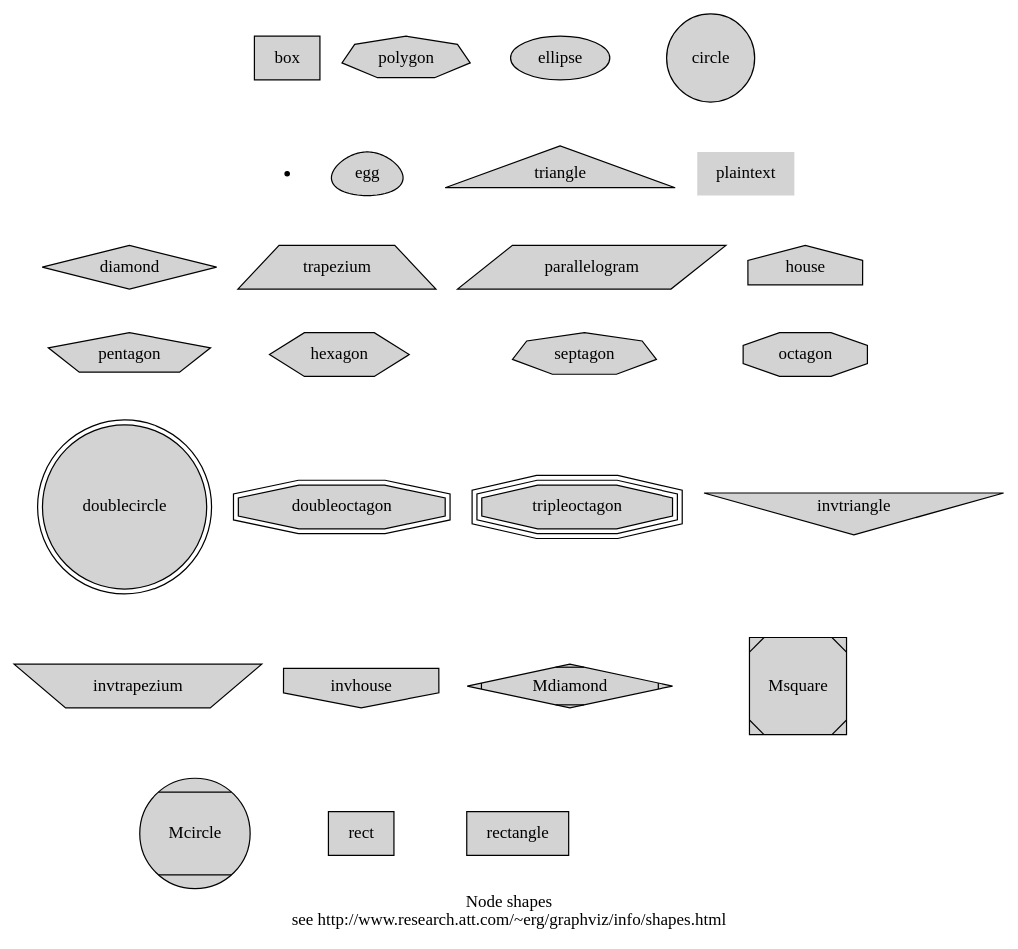
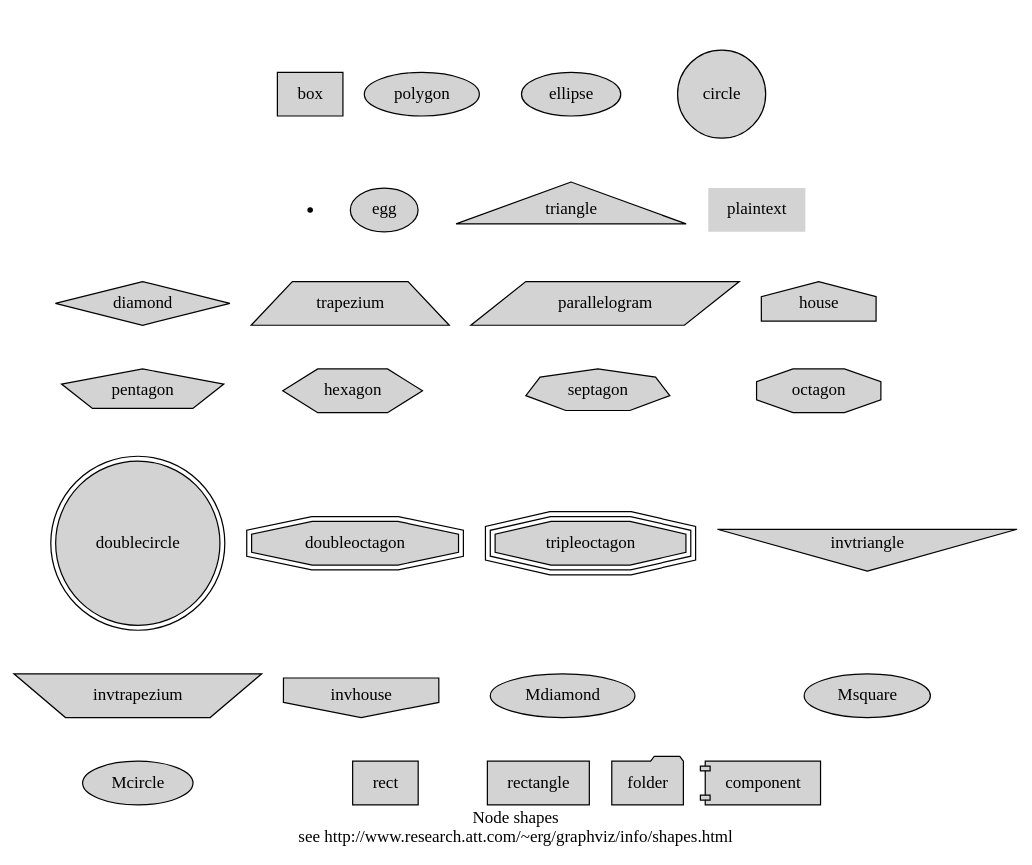
Before and after one commit to graphviz-perl/Tk-GraphViz: the diagram in t/graphs/directed/nodeshapes.dot, drawn with Graphviz. The commit also changed 5 other files, not shown here.

First line of the commit message:
Import of JGS/Tk-GraphViz-1.01 from CPAN.

```diff
--- a/t/graphs/directed/nodeshapes.dot
+++ b/t/graphs/directed/nodeshapes.dot
@@ -1,97 +1,91 @@
 digraph test {
 
  graph [label="Node shapes\nsee http://www.research.att.com/~erg/graphviz/info/shapes.html"];
  node [style=filled];
  edge [style=invis,dir=none];
 
  { graph [rank=same];
 	box [shape=box];
-	polygon [shape=polygon,sides=7];
 	ellipse [shape=ellipse];
 	circle [shape=circle];
-	box -> polygon;
-	polygon -> ellipse;
+	box -> ellipse;
 	ellipse -> circle;
 	};
  { graph [rank=same];
 	point [shape=point];
-	egg [shape=egg];
 	triangle [shape=triangle];
 	plaintext [shape=plaintext];
-	point -> egg;
-	egg -> triangle;
+	point -> triangle;
 	triangle -> plaintext;
 	};
   { graph [rank=same];
 	diamond [shape=diamond];
 	trapezium [shape=trapezium];
 	parallelogram [shape=parallelogram];
 	house [shape=house];
 	diamond -> trapezium;
 	trapezium -> parallelogram;
 	parallelogram -> house;
 	};
   { graph [rank=same];
 	pentagon [shape=pentagon];
 	hexagon [shape=hexagon];
 	septagon [shape=septagon];
 	octagon [shape=octagon];
 	pentagon -> hexagon;
 	hexagon -> septagon;
 	septagon -> octagon;
 	};
   { graph [rank=same];
 	doublecircle [shape=doublecircle];
 	doubleoctagon [shape=doubleoctagon];
 	tripleoctagon [shape=tripleoctagon];
 	invtriangle [shape=invtriangle];
 	doublecircle -> doubleoctagon;
 	doubleoctagon -> tripleoctagon;
 	tripleoctagon -> invtriangle;
 	};
   { graph [rank=same];
 	invtrapezium [shape=invtrapezium];
 	invhouse [shape=invhouse];
-	Mdiamond [shape=Mdiamond];
-	Msquare [shape=Msquare];
 	invtrapezium -> invhouse;
-	invhouse -> Mdiamond;
-	Mdiamond -> Msquare;
 	};
   { graph [rank=same];
-	Mcircle [shape=Mcircle];
 	rect [shape=rect];
 	rectangle [shape=rectangle];
-	Mcircle -> rect;
+        folder [shape=folder];
+        component [shape=component];
 	rect -> rectangle;
+        rectangle -> folder;
+        folder -> component;
 	};
 
   box -> point;
   polygon -> egg;
   ellipse -> triangle;
   circle -> plaintext;
 
   point -> diamond;
   egg -> trapezium;
   triangle -> parallelogram;
   plaintext -> house;
 
   diamond -> pentagon;
   trapezium -> hexagon;
   parallelogram -> septagon;
   house -> octagon;
 
   pentagon -> doublecircle;
   hexagon -> doubleoctagon;
   septagon -> tripleoctagon;
   octagon -> invtriangle;
 
   doublecircle -> invtrapezium;
   doubleoctagon -> invhouse;
   tripleoctagon -> Mdiamond;
   invtriangle -> Msquare;
 
   invtrapezium -> Mcircle;
   invhouse -> rect;
   Mdiamond -> rectangle;
 }
```
